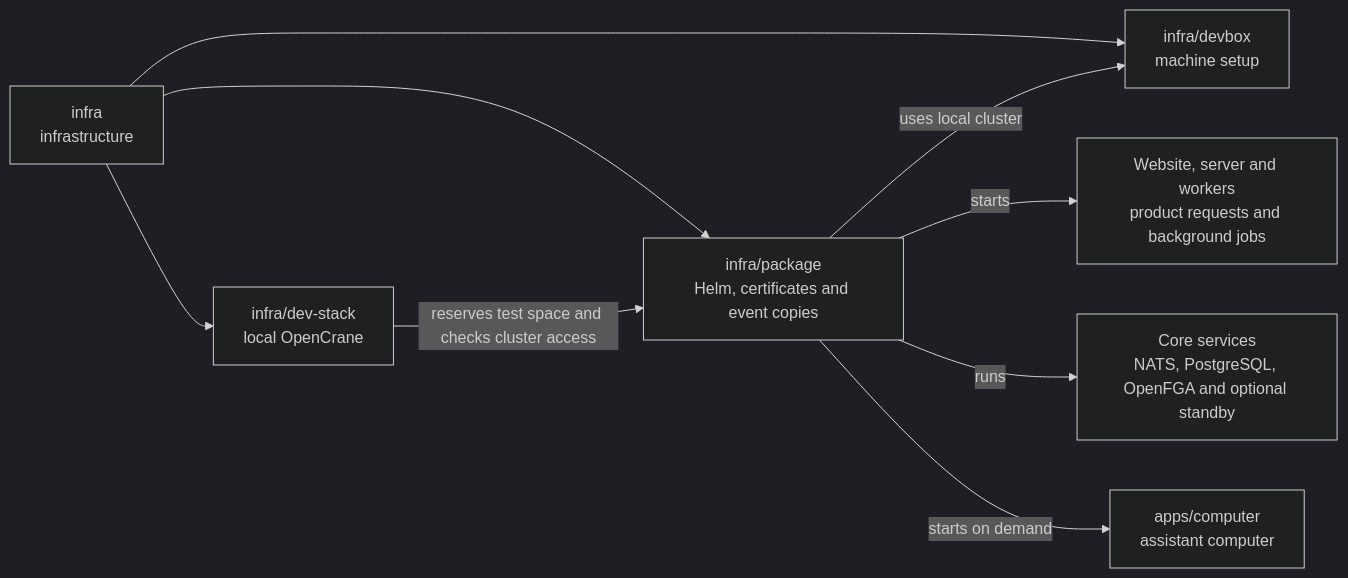
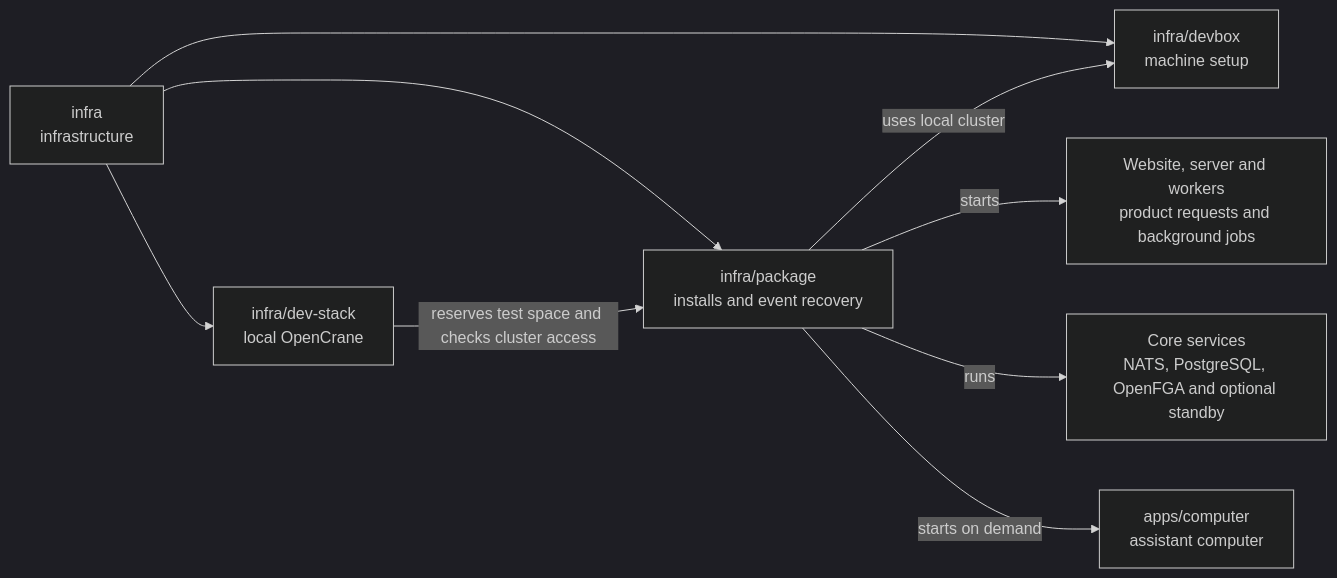
One commit to elewa-git/opencrane-new changed the diagram in infra/package/README.md. Above: the diagram before and after it, drawn with Mermaid (dark theme). The commit also changed other lines of this file and 10 other files, not shown here.

````diff
--- a/infra/package/README.md
+++ b/infra/package/README.md
@@ -19,11 +19,11 @@
 ```mermaid
 flowchart LR
-  infra["infra<br/>infrastructure"] --> package["infra/package<br/>Helm, certificates and event copies"]
+  infra["infra<br/>infrastructure"] --> package["infra/package<br/>installs and event recovery"]
   infra --> stack["infra/dev-stack<br/>local OpenCrane"]
   infra --> devbox["infra/devbox<br/>machine setup"]
   stack -->|reserves test space and checks cluster access| package
   package -->|uses local cluster| devbox
   package -->|starts| apps["Website, server and workers<br/>product requests and background jobs"]
   package -->|runs| services["Core services<br/>NATS, PostgreSQL, OpenFGA and optional standby"]
   package -->|starts on demand| computer["apps/computer<br/>assistant computer"]
 ```
````
